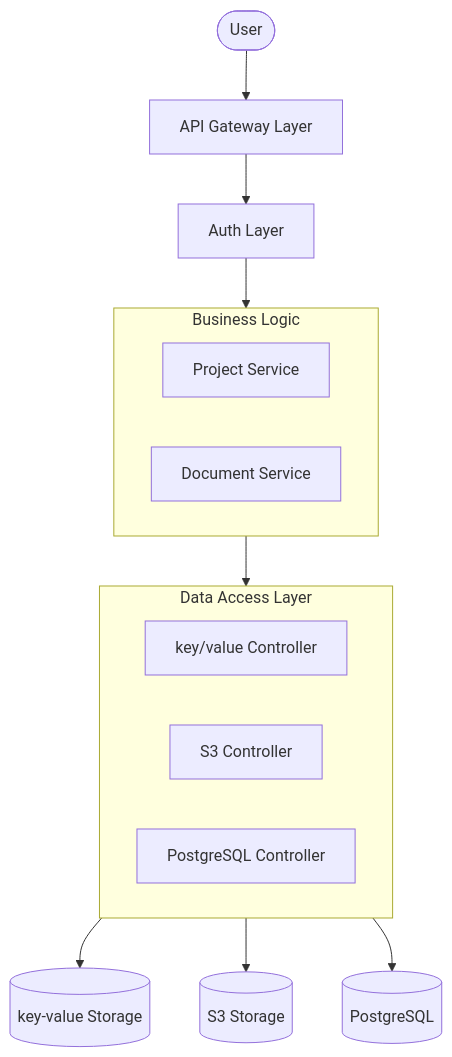
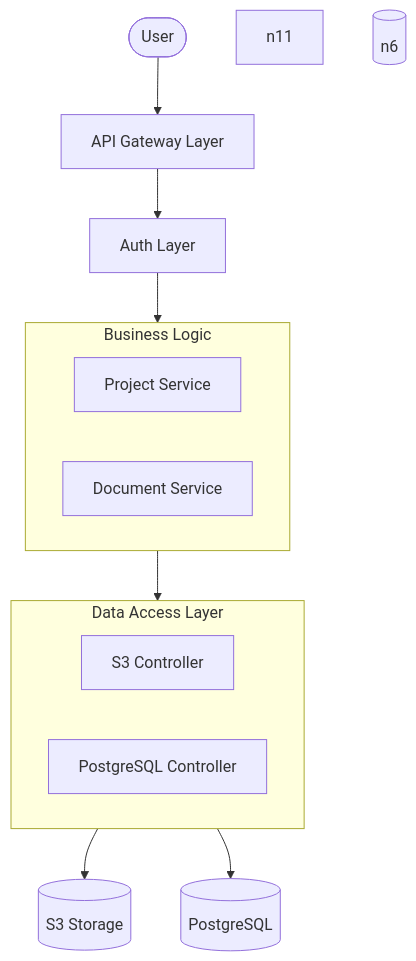
One commit to divadrotceh/project_manager changed the diagram in documents/architecture_diagram.md. Above: the diagram before and after it, drawn with Mermaid.

Commit message:
removing value/key blocks

````diff
--- a/documents/architecture_diagram.md
+++ b/documents/architecture_diagram.md
@@ -7,38 +7,37 @@
 ```mermaid
 flowchart TB
  subgraph s1["Business Logic"]
         n4["Project Service"]
         n8["Document Service"]
   end
  subgraph s2["Data Access Layer"]
-        n11["key/value Controller"]
         n12["S3 Controller"]
         n13["PostgreSQL Controller"]
   end
     n1(["User"]) --> n2["API Gateway Layer"]
     n2 --> n3["Auth Layer"]
     s1 --> s2
-    s2 --> n6["key-value Storage"] & n7["S3 Storage"] & n5["PostgreSQL"]
+    s2 --> n7["S3 Storage"] & n5["PostgreSQL"]
     n3 --> s1
 
     n4@{ shape: proc}
     n8@{ shape: proc}
     n11@{ shape: proc}
     n12@{ shape: proc}
     n13@{ shape: proc}
     n2@{ shape: proc}
     n3@{ shape: proc}
     n6@{ shape: db}
     n7@{ shape: db}
     n5@{ shape: db}
      n4:::businessLogic
      n8:::businessLogic
      n11:::dataAccess
      n12:::dataAccess
      n13:::dataAccess
      n2:::gateway
      n3:::gateway
      n6:::storage
      n7:::storage
      n5:::storage
 ```
````
